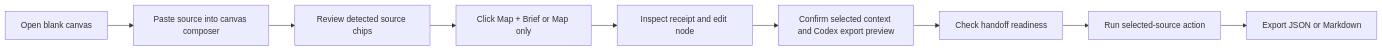
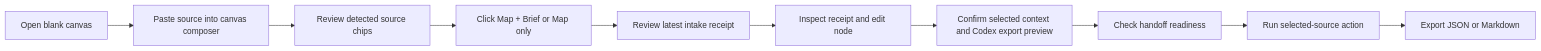
One commit to frankxai/starlight-agent-canvas changed the first of 2 diagrams in docs/user-flows.md. Above: the diagram before and after it, drawn with Mermaid. The commit also changed other lines of this file and 9 other files, not shown here.

Commit message:
Add latest intake receipt

````diff
--- a/docs/user-flows.md
+++ b/docs/user-flows.md
@@ -5,11 +5,12 @@
 ```mermaid
 flowchart LR
   open["Open blank canvas"] --> paste["Paste source into canvas composer"]
   paste --> preview["Review detected source chips"]
   preview --> map["Click Map + Brief or Map only"]
-  map --> inspect["Inspect receipt and edit node"]
+  map --> receipt["Review latest intake receipt"]
+  receipt --> inspect["Inspect receipt and edit node"]
   inspect --> scope["Confirm selected context and Codex export preview"]
   scope --> ready["Check handoff readiness"]
   ready --> action["Run selected-source action"]
   action --> export["Export JSON or Markdown"]
 ```
````
